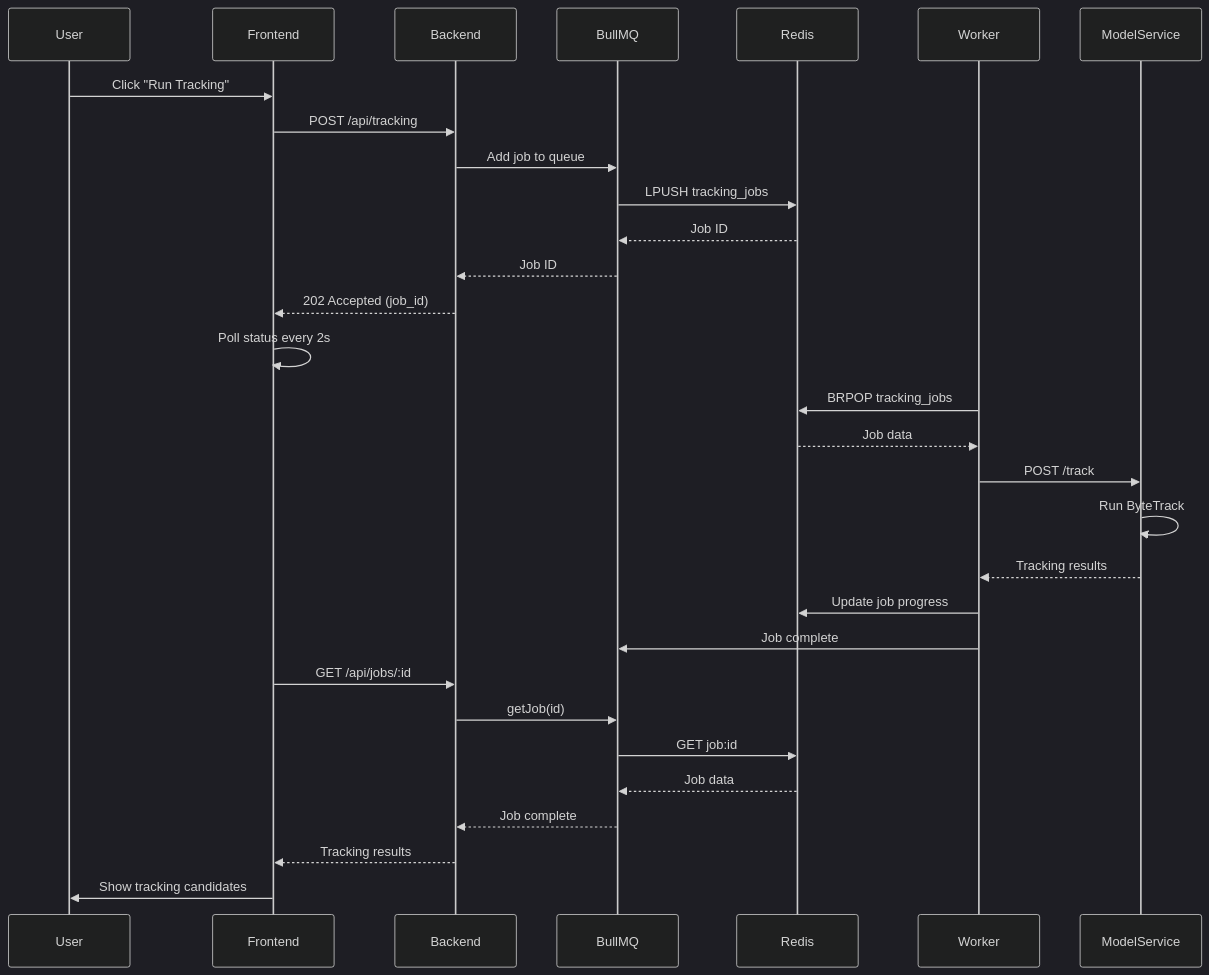
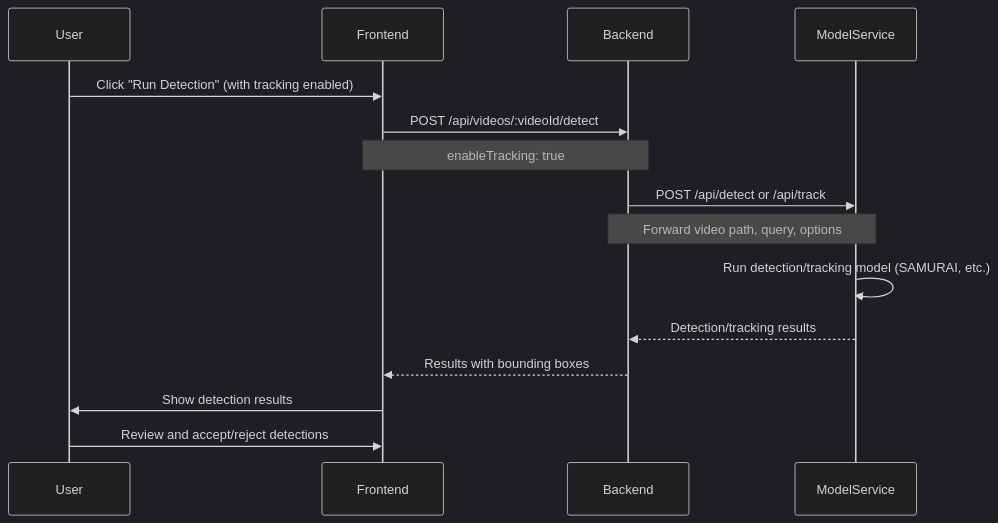
One commit to parafovea/fovea changed the fourth of 4 diagrams in docs/docs/concepts/data-flow.md. Above: the diagram before and after it, drawn with Mermaid (dark theme). The commit also changed other lines of this file and 15 other files, not shown here.

Commit message:
Updates architecture documentation.

````diff
--- a/docs/docs/concepts/data-flow.md
+++ b/docs/docs/concepts/data-flow.md
@@ -152,36 +152,18 @@
 ```mermaid
 sequenceDiagram
     participant User
     participant Frontend
     participant Backend
-    participant BullMQ
-    participant Redis
-    participant Worker
     participant ModelService
 
-    User->>Frontend: Click "Run Tracking"
-    Frontend->>Backend: POST /api/tracking
-    Backend->>BullMQ: Add job to queue
-    BullMQ->>Redis: LPUSH tracking_jobs
-    Redis-->>BullMQ: Job ID
-    BullMQ-->>Backend: Job ID
-    Backend-->>Frontend: 202 Accepted (job_id)
-
-    Frontend->>Frontend: Poll status every 2s
-
-    Worker->>Redis: BRPOP tracking_jobs
-    Redis-->>Worker: Job data
-    Worker->>ModelService: POST /track
-    ModelService->>ModelService: Run ByteTrack
-    ModelService-->>Worker: Tracking results
-    Worker->>Redis: Update job progress
-    Worker->>BullMQ: Job complete
-
-    Frontend->>Backend: GET /api/jobs/:id
-    Backend->>BullMQ: getJob(id)
-    BullMQ->>Redis: GET job:id
-    Redis-->>BullMQ: Job data
-    BullMQ-->>Backend: Job complete
-    Backend-->>Frontend: Tracking results
-    Frontend->>User: Show tracking candidates
+    User->>Frontend: Click "Run Detection" (with tracking enabled)
+    Frontend->>Backend: POST /api/videos/:videoId/detect
+    Note over Frontend,Backend: enableTracking: true
+    Backend->>ModelService: POST /api/detect or /api/track
+    Note over Backend,ModelService: Forward video path, query, options
+    ModelService->>ModelService: Run detection/tracking model (SAMURAI, etc.)
+    ModelService-->>Backend: Detection/tracking results
+    Backend-->>Frontend: Results with bounding boxes
+    Frontend->>User: Show detection results
+    User->>Frontend: Review and accept/reject detections
 ```
````
